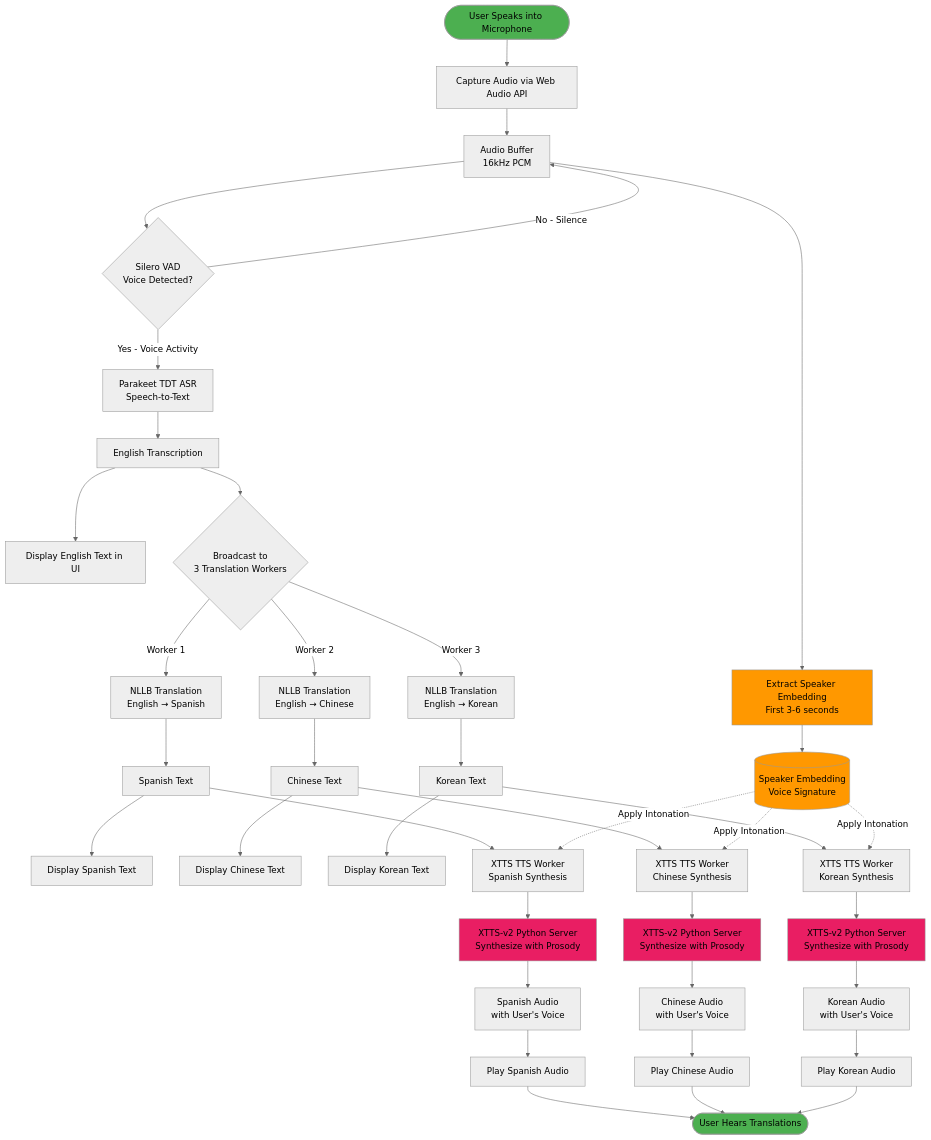
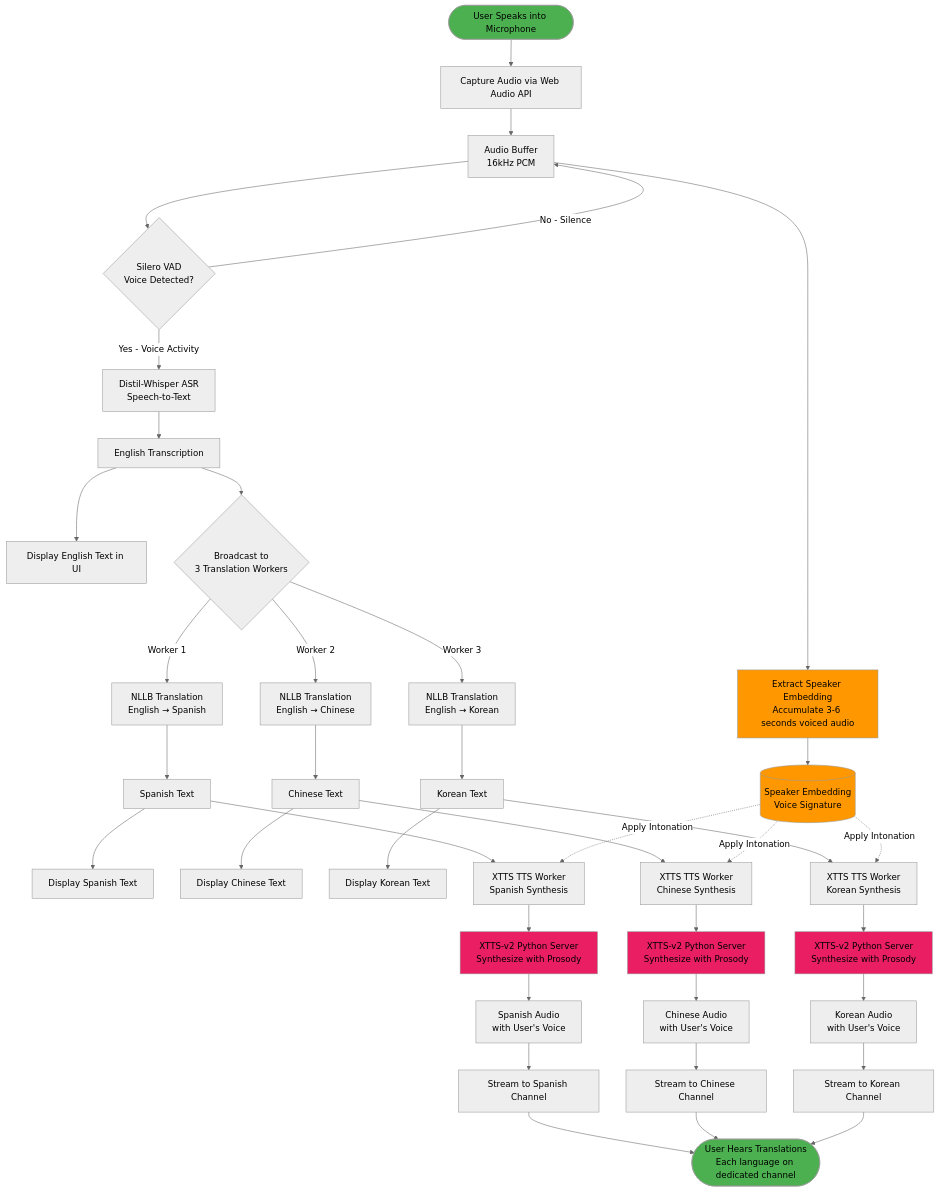
One commit to naturally-translate/voice-bridge changed the third of 17 diagrams in plans/project-plan.md. Above: the diagram before and after it, drawn with Mermaid (neutral theme). The commit also changed other lines of this file, not shown here.

````diff
--- a/plans/project-plan.md
+++ b/plans/project-plan.md
@@ -222,61 +226,61 @@
 ```mermaid
 flowchart TD
     Start([User Speaks into Microphone]) --> Capture[Capture Audio via Web Audio API]
     Capture --> Buffer[Audio Buffer<br/>16kHz PCM]
 
     Buffer --> VAD{Silero VAD<br/>Voice Detected?}
     VAD -->|No - Silence| Buffer
-    VAD -->|Yes - Voice Activity| ASR[Parakeet TDT ASR<br/>Speech-to-Text]
+    VAD -->|Yes - Voice Activity| ASR[Distil-Whisper ASR<br/>Speech-to-Text]
 
     ASR --> EnglishText[English Transcription]
     EnglishText --> Display1[Display English Text in UI]
 
     EnglishText --> Fork{Broadcast to<br/>3 Translation Workers}
 
     Fork -->|Worker 1| NLLB_ES[NLLB Translation<br/>English → Spanish]
     Fork -->|Worker 2| NLLB_ZH[NLLB Translation<br/>English → Chinese]
     Fork -->|Worker 3| NLLB_KO[NLLB Translation<br/>English → Korean]
 
     NLLB_ES --> SpanishText[Spanish Text]
     NLLB_ZH --> ChineseText[Chinese Text]
     NLLB_KO --> KoreanText[Korean Text]
 
     SpanishText --> Display2[Display Spanish Text]
     ChineseText --> Display3[Display Chinese Text]
     KoreanText --> Display4[Display Korean Text]
 
-    Buffer --> ProsodyExtract[Extract Speaker Embedding<br/>First 3-6 seconds]
+    Buffer --> ProsodyExtract[Extract Speaker Embedding<br/>Accumulate 3-6 seconds voiced audio]
     ProsodyExtract --> Embedding[(Speaker Embedding<br/>Voice Signature)]
 
     SpanishText --> TTS_ES[XTTS TTS Worker<br/>Spanish Synthesis]
     ChineseText --> TTS_ZH[XTTS TTS Worker<br/>Chinese Synthesis]
     KoreanText --> TTS_KO[XTTS TTS Worker<br/>Korean Synthesis]
 
     Embedding -.->|Apply Intonation| TTS_ES
     Embedding -.->|Apply Intonation| TTS_ZH
     Embedding -.->|Apply Intonation| TTS_KO
 
     TTS_ES --> XTTS_Server_ES[XTTS-v2 Python Server<br/>Synthesize with Prosody]
     TTS_ZH --> XTTS_Server_ZH[XTTS-v2 Python Server<br/>Synthesize with Prosody]
     TTS_KO --> XTTS_Server_KO[XTTS-v2 Python Server<br/>Synthesize with Prosody]
 
     XTTS_Server_ES --> AudioES[Spanish Audio<br/>with User's Voice]
     XTTS_Server_ZH --> AudioZH[Chinese Audio<br/>with User's Voice]
     XTTS_Server_KO --> AudioKO[Korean Audio<br/>with User's Voice]
 
-    AudioES --> PlayES[Play Spanish Audio]
-    AudioZH --> PlayZH[Play Chinese Audio]
-    AudioKO --> PlayKO[Play Korean Audio]
+    AudioES --> PlayES[Stream to Spanish Channel]
+    AudioZH --> PlayZH[Stream to Chinese Channel]
+    AudioKO --> PlayKO[Stream to Korean Channel]
 
-    PlayES --> End([User Hears Translations])
+    PlayES --> End([User Hears Translations<br/>Each language on dedicated channel])
     PlayZH --> End
     PlayKO --> End
 
     style Start fill:#4caf50
     style End fill:#4caf50
     style Embedding fill:#ff9800
     style ProsodyExtract fill:#ff9800
     style XTTS_Server_ES fill:#e91e63
     style XTTS_Server_ZH fill:#e91e63
     style XTTS_Server_KO fill:#e91e63
 ```
````
